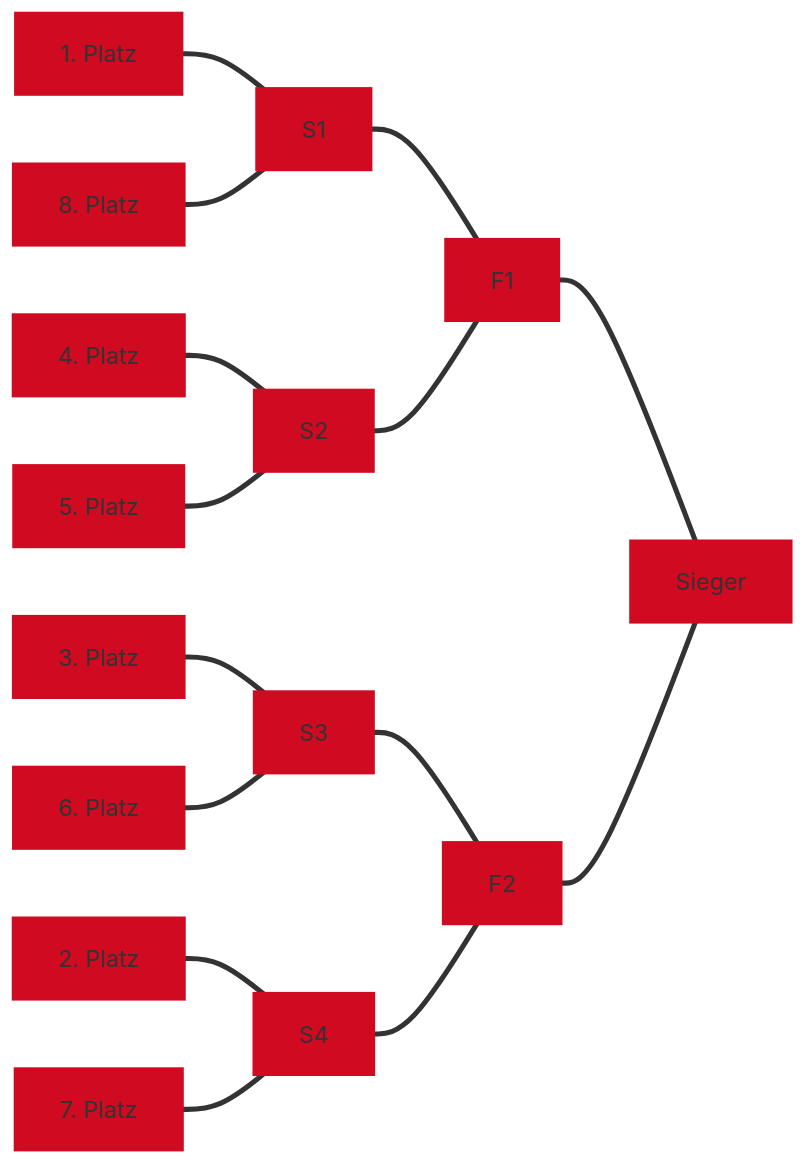
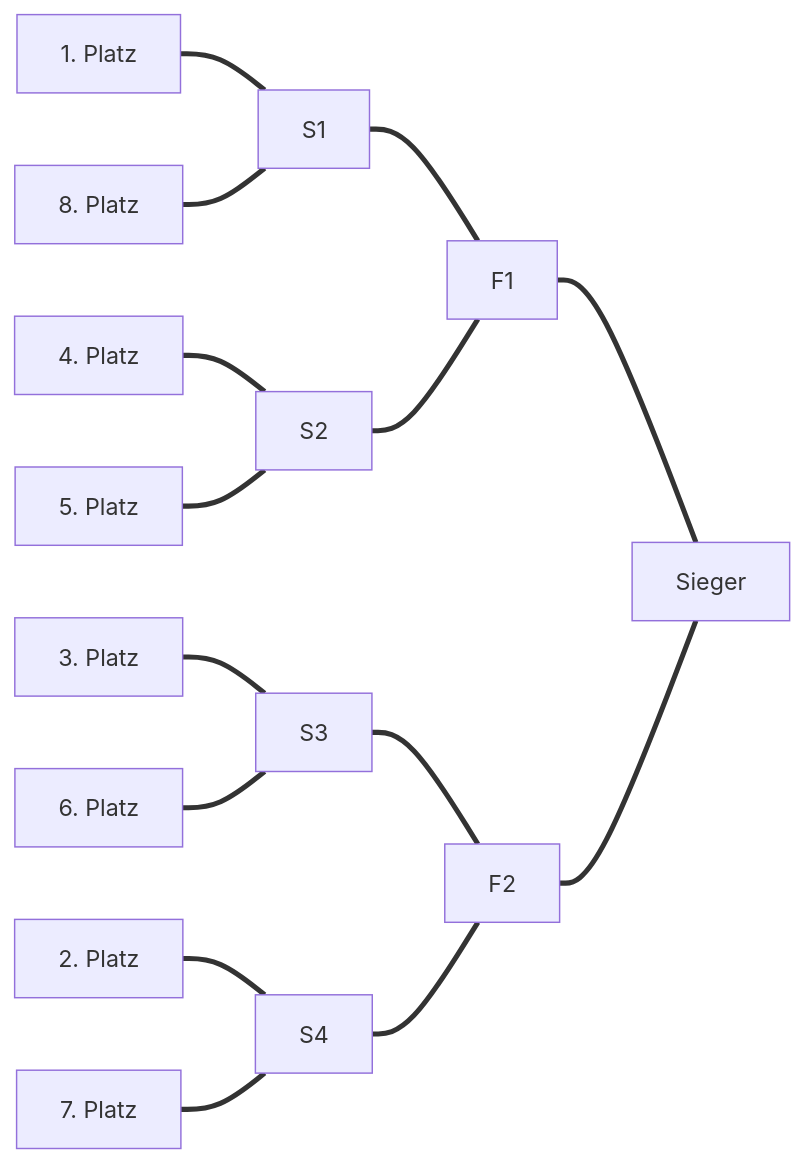
Before and after one commit to roborave-de/roborave-de-rules: the diagram in tournament_score/tournament_score.mermaid, drawn with Mermaid. The commit also changed 1 other file, not shown here.

```diff
--- a/tournament_score/tournament_score.mermaid
+++ b/tournament_score/tournament_score.mermaid
@@ -1,17 +1,15 @@
 flowchart LR
   p1[1. Platz] === s1[S1]
   p8[8. Platz] === s1[S1]
   p4[4. Platz] === s2[S2]
   p5[5. Platz] === s2[S2]
   p3[3. Platz] === s3[S3]
   p6[6. Platz] === s3[S3]
   p2[2. Platz] === s4[S4]
   p7[7. Platz] === s4[S4]
   s1 === f1[F1]
   s2 === f1[F1]
   s3 === f2[F2]
   s4 === f2[F2]
   f1 === w[Sieger]
   f2 === w[Sieger]
-  class p1,p2,p3,p4,p5,p6,p7,p8,s1,s2,s3,s4,f1,f2 node
-  classDef node fill:#cf0a21,stroke:#cf0a21,stroke-width:4px;
```
